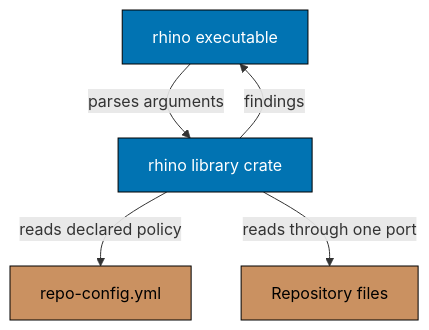
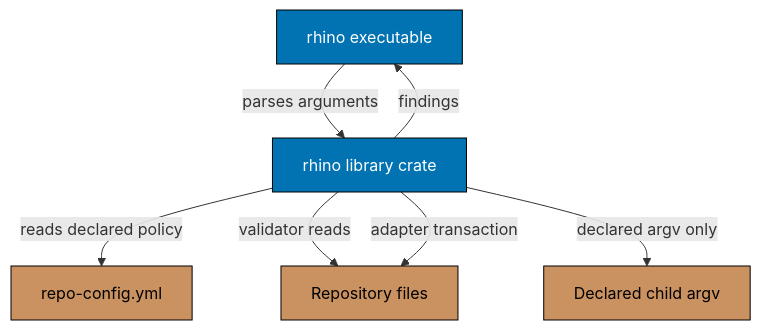
The second of 3 diagrams in specs/architecture.md (wahidyankf/rhino), drawn with Mermaid before and after one commit. The commit also changed other lines of this file and 81 other files, not shown here.

````diff
--- a/specs/architecture.md
+++ b/specs/architecture.md
@@ -43,18 +44,21 @@
 ```mermaid
 graph TD
     Binary["rhino executable"]
     Library["rhino library crate"]
     Config["repo-config.yml"]
     Files["Repository files"]
+    Child["Declared child argv"]
 
     Binary -->|parses arguments| Library
     Library -->|reads declared policy| Config
-    Library -->|reads through one port| Files
+    Library -->|validator reads| Files
+    Library -->|adapter transaction| Files
+    Library -->|declared argv only| Child
     Library -->|findings| Binary
 
     classDef unit fill:#0173B2,stroke:#000000,color:#FFFFFF
     classDef data fill:#CA9161,stroke:#000000,color:#000000
 
     class Binary,Library unit
-    class Config,Files data
+    class Config,Files,Child data
 ```
````
